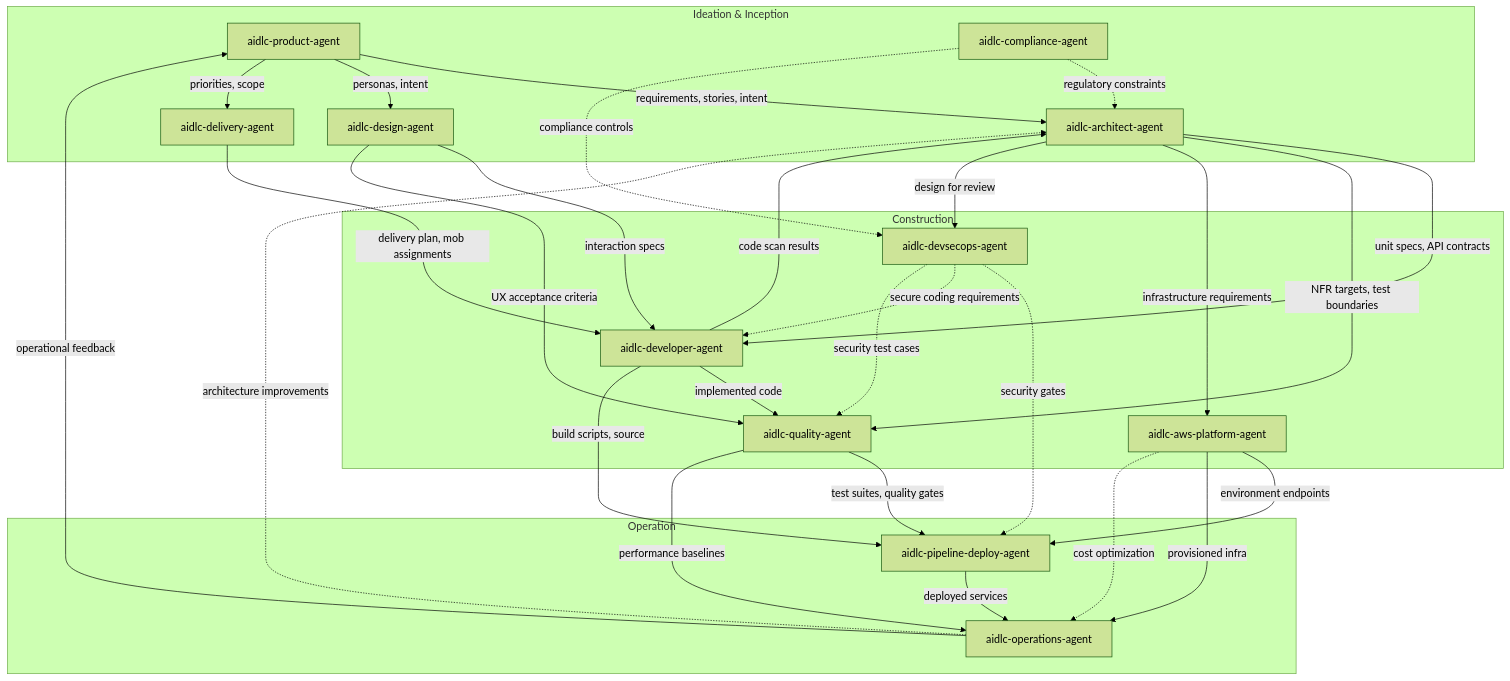
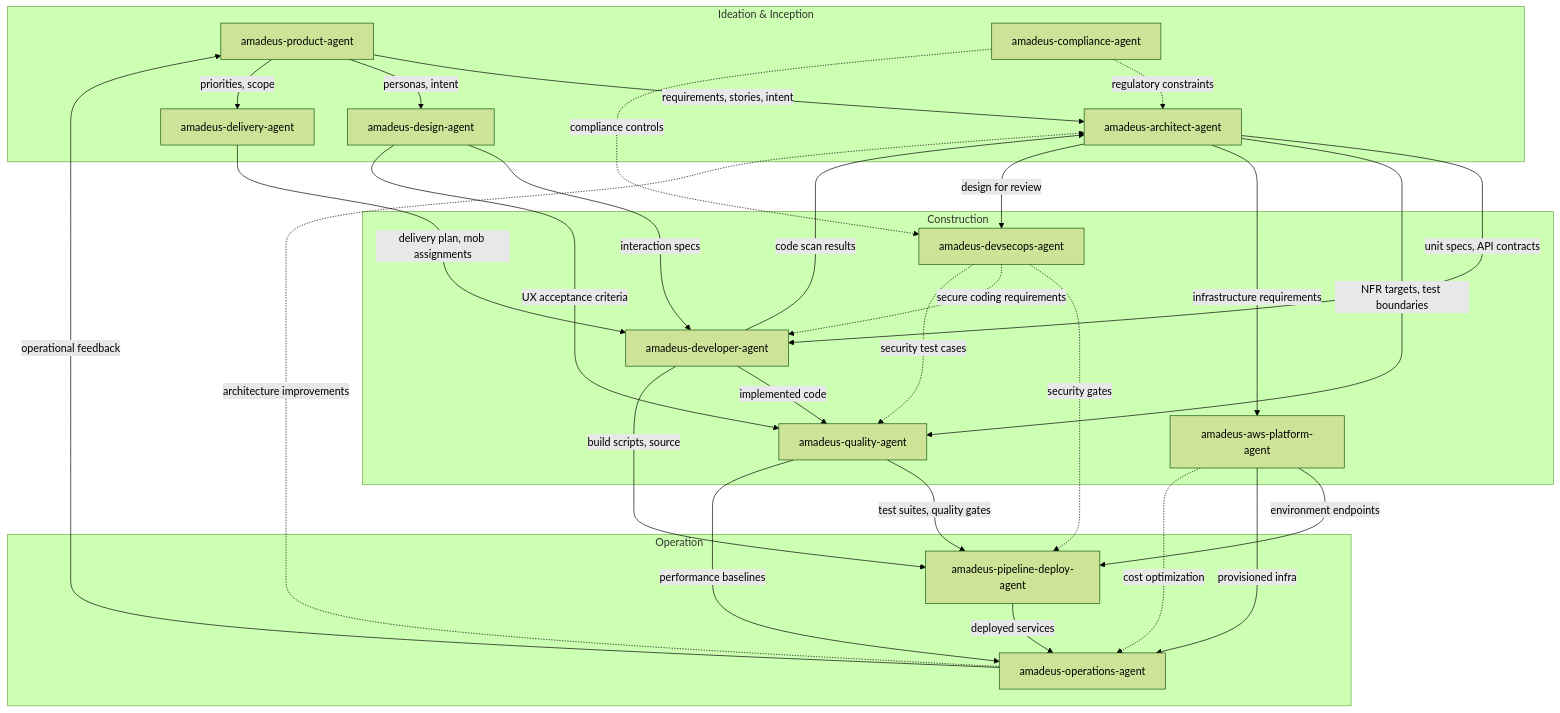
The diagram in docs/reference/agents/README.md (amadeus-dlc/amadeus), drawn with Mermaid (forest theme) before and after one commit. The commit also changed other lines of this file and 855 other files, not shown here.

Commit message:
refactor: rename aidlc prefixes to amadeus

````diff
--- a/docs/reference/agents/README.md
+++ b/docs/reference/agents/README.md
@@ -149,49 +149,49 @@
 ```mermaid
 graph TD
     subgraph "Ideation & Inception"
-        PA[aidlc-product-agent]
-        DA[aidlc-design-agent]
-        DL[aidlc-delivery-agent]
-        AA[aidlc-architect-agent]
-        CA[aidlc-compliance-agent]
+        PA[amadeus-product-agent]
+        DA[amadeus-design-agent]
+        DL[amadeus-delivery-agent]
+        AA[amadeus-architect-agent]
+        CA[amadeus-compliance-agent]
     end
 
     subgraph "Construction"
-        DEV[aidlc-developer-agent]
-        QA[aidlc-quality-agent]
-        SEC[aidlc-devsecops-agent]
-        AWS[aidlc-aws-platform-agent]
+        DEV[amadeus-developer-agent]
+        QA[amadeus-quality-agent]
+        SEC[amadeus-devsecops-agent]
+        AWS[amadeus-aws-platform-agent]
     end
 
     subgraph "Operation"
-        PD[aidlc-pipeline-deploy-agent]
-        OPS[aidlc-operations-agent]
+        PD[amadeus-pipeline-deploy-agent]
+        OPS[amadeus-operations-agent]
     end
 
     PA -- "requirements, stories, intent" --> AA
     PA -- "personas, intent" --> DA
     PA -- "priorities, scope" --> DL
     DA -- "interaction specs" --> DEV
     DA -- "UX acceptance criteria" --> QA
     AA -- "unit specs, API contracts" --> DEV
     AA -- "NFR targets, test boundaries" --> QA
     AA -- "infrastructure requirements" --> AWS
     AA -- "design for review" --> SEC
     CA -. "regulatory constraints" .-> AA
     CA -. "compliance controls" .-> SEC
     SEC -. "security gates" .-> PD
     SEC -. "secure coding requirements" .-> DEV
     SEC -. "security test cases" .-> QA
     DL -- "delivery plan, mob assignments" --> DEV
     DEV -- "code scan results" --> AA
     DEV -- "implemented code" --> QA
     DEV -- "build scripts, source" --> PD
     QA -- "test suites, quality gates" --> PD
     QA -- "performance baselines" --> OPS
     AWS -- "environment endpoints" --> PD
     AWS -- "provisioned infra" --> OPS
     PD -- "deployed services" --> OPS
     OPS -- "operational feedback" --> PA
     OPS -. "architecture improvements" .-> AA
     AWS -. "cost optimization" .-> OPS
 ```
````
